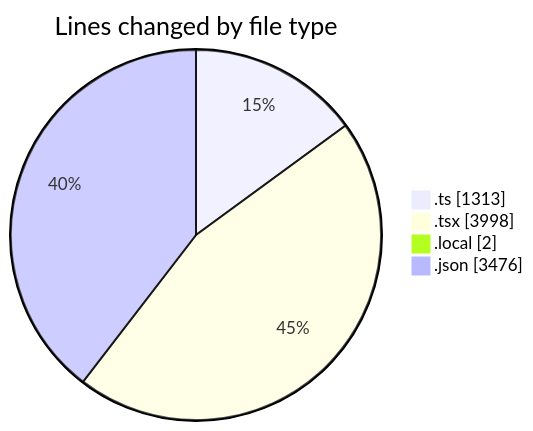
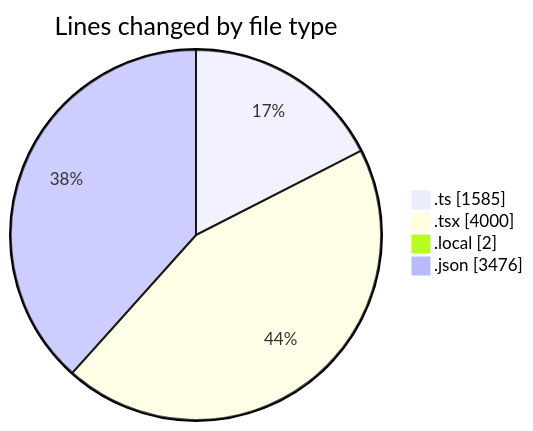
The first of 2 diagrams in 2025-10-28/eventscop-frontend-guide__workspace_/README.md (julien-gomy/code-tracking), drawn with Mermaid before and after one commit. The commit also changed other lines of this file and 1 other file, not shown here.

````diff
--- a/2025-10-28/eventscop-frontend-guide__workspace_/README.md
+++ b/2025-10-28/eventscop-frontend-guide__workspace_/README.md
@@ -50,8 +51,8 @@
 ```mermaid
 pie showData
 title Lines changed by file type
-".ts" : 1313
-".tsx" : 3998
+".ts" : 1585
+".tsx" : 4000
 ".local" : 2
 ".json" : 3476
 ```
````
